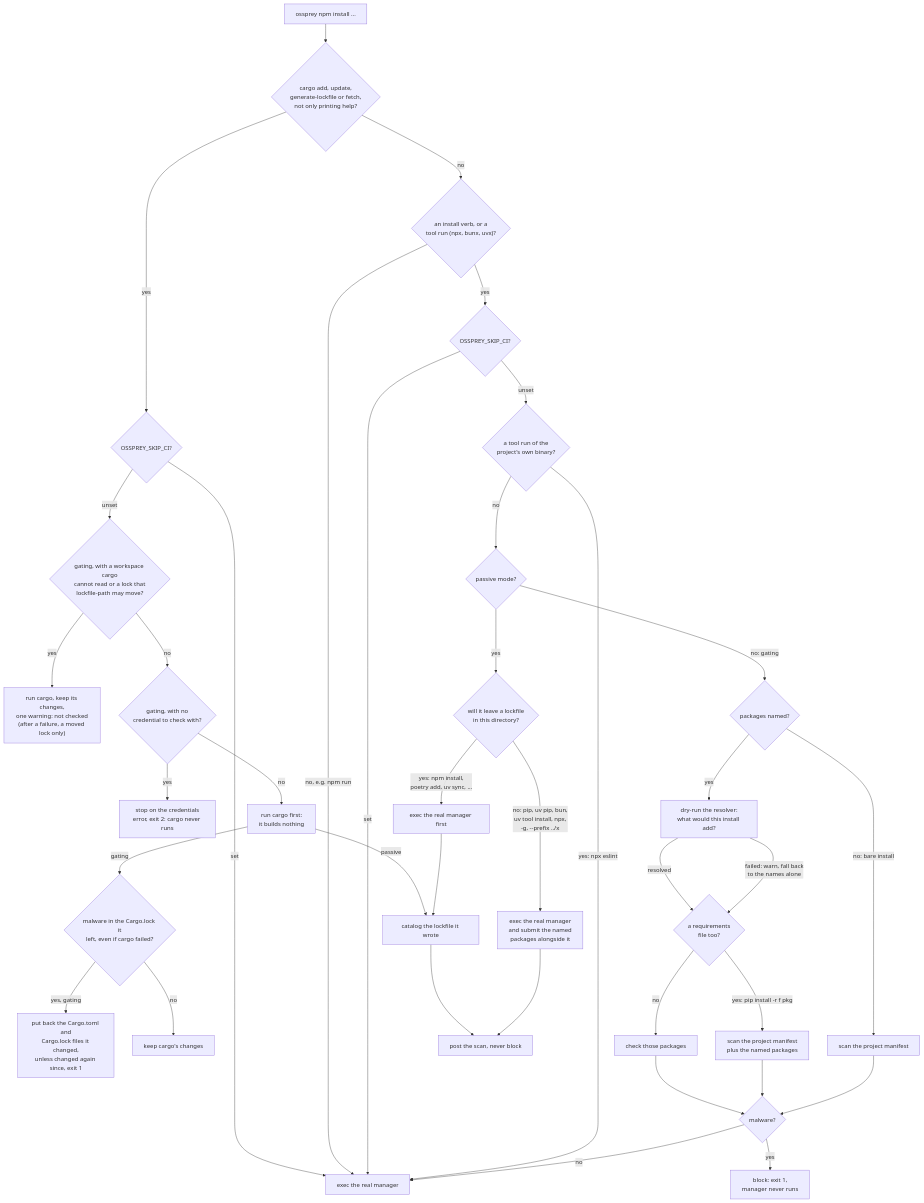
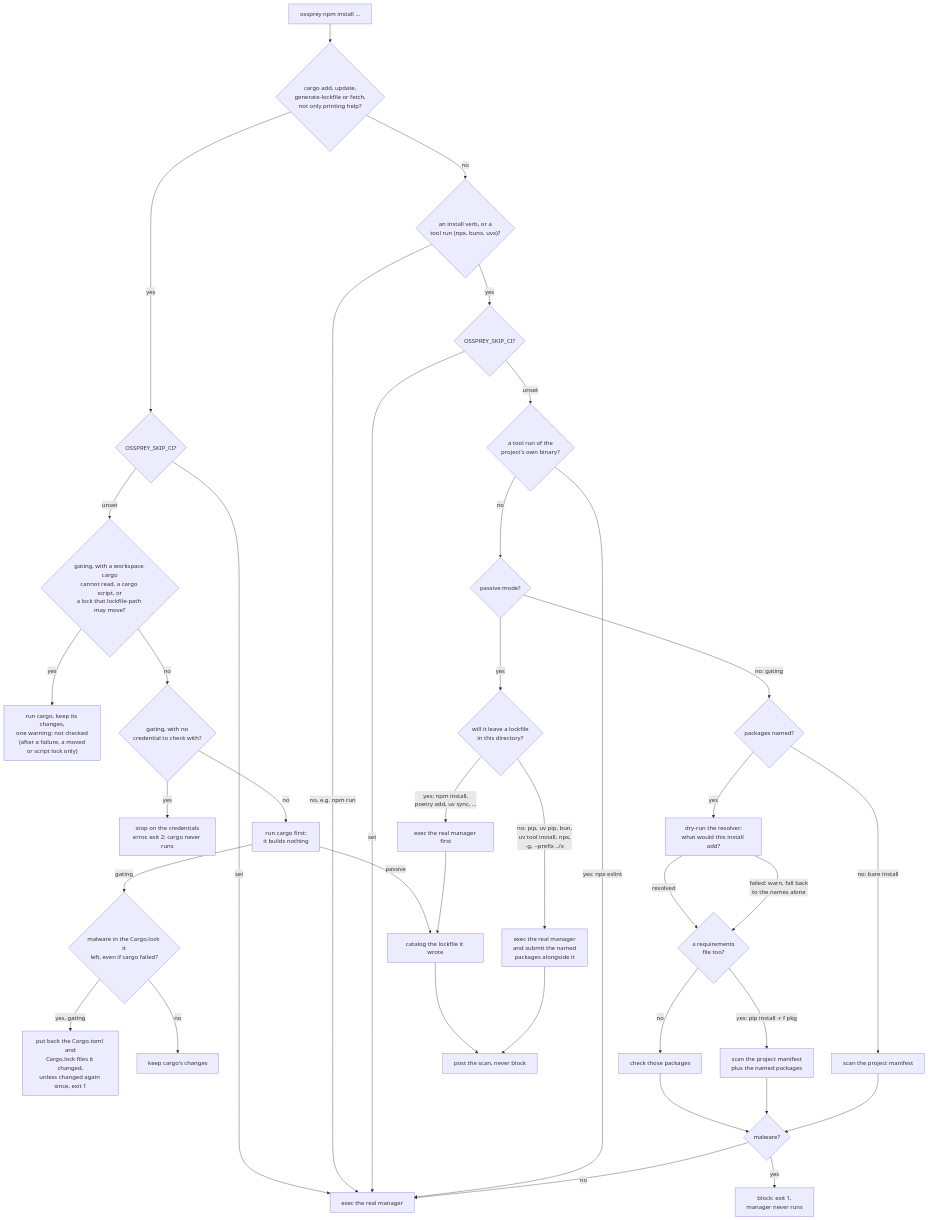
Before and after one commit to ossprey/ossprey-cli: the second of 3 diagrams in docs/architecture.md, drawn with Mermaid. The commit also changed 5 other files, not shown here.

First line of the commit message:
fix(forward): warn rather than check the wrong lock for a cargo script (OSS-2553)

````diff
--- a/docs/architecture.md
+++ b/docs/architecture.md
@@ -49,42 +49,42 @@
 ```mermaid
 flowchart TD
     S["ossprey npm install ..."] --> CA{"cargo add, update,<br/>generate-lockfile or fetch,<br/>not only printing help?"}
     CA -- "yes" --> CV{"OSSPREY_SKIP_CI?"}
     CV -- "set" --> U
-    CV -- "unset" --> CW{"gating, with a workspace cargo<br/>cannot read or a lock that<br/>lockfile-path may move?"}
-    CW -- "yes" --> CN["run cargo, keep its changes,<br/>one warning: not checked<br/>(after a failure, a moved lock only)"]
+    CV -- "unset" --> CW{"gating, with a workspace cargo<br/>cannot read, a cargo script, or<br/>a lock that lockfile-path may move?"}
+    CW -- "yes" --> CN["run cargo, keep its changes,<br/>one warning: not checked<br/>(after a failure, a moved<br/>or script lock only)"]
     CW -- "no" --> CK{"gating, with no<br/>credential to check with?"}
     CK -- "yes" --> CX["stop on the credentials<br/>error, exit 2: cargo never runs"]
     CK -- "no" --> CB["run cargo first:<br/>it builds nothing"]
     CB -- "gating" --> CC{"malware in the Cargo.lock it<br/>left, even if cargo failed?"}
     CC -- "yes, gating" --> CD["put back the Cargo.toml and<br/>Cargo.lock files it changed,<br/>unless changed again since, exit 1"]
     CC -- "no" --> CE["keep cargo's changes"]
     CB -- "passive" --> AE
     CA -- "no" --> T{"an install verb, or a<br/>tool run (npx, bunx, uvx)?"}
     T -- "no, e.g. npm run" --> U["exec the real manager"]
     T -- "yes" --> V{"OSSPREY_SKIP_CI?"}
     V -- "set" --> U
     V -- "unset" --> L{"a tool run of the<br/>project's own binary?"}
     L -- "yes: npx eslint" --> U
     L -- "no" --> W{"passive mode?"}
 
     W -- "no: gating" --> X{"packages named?"}
     X -- "yes" --> E["dry-run the resolver:<br/>what would this install add?"]
     E -- "resolved" --> R{"a requirements<br/>file too?"}
     E -- "failed: warn, fall back<br/>to the names alone" --> R
     R -- "no" --> Y["check those packages"]
     R -- "yes: pip install -r f pkg" --> RZ["scan the project manifest<br/>plus the named packages"]
     X -- "no: bare install" --> Z["scan the project manifest"]
     Y --> AA{"malware?"}
     RZ --> AA
     Z --> AA
     AA -- "yes" --> AB["block: exit 1,<br/>manager never runs"]
     AA -- "no" --> U
 
     W -- "yes" --> AC{"will it leave a lockfile<br/>in this directory?"}
     AC -- "yes: npm install,<br/>poetry add, uv sync, ..." --> AD["exec the real manager first"]
     AD --> AE["catalog the lockfile it wrote"]
     AE --> AF["post the scan, never block"]
     AC -- "no: pip, uv pip, bun,<br/>uv tool install, npx,<br/>-g, --prefix ../x" --> AG["exec the real manager<br/>and submit the named<br/>packages alongside it"]
     AG --> AF
 ```
````
